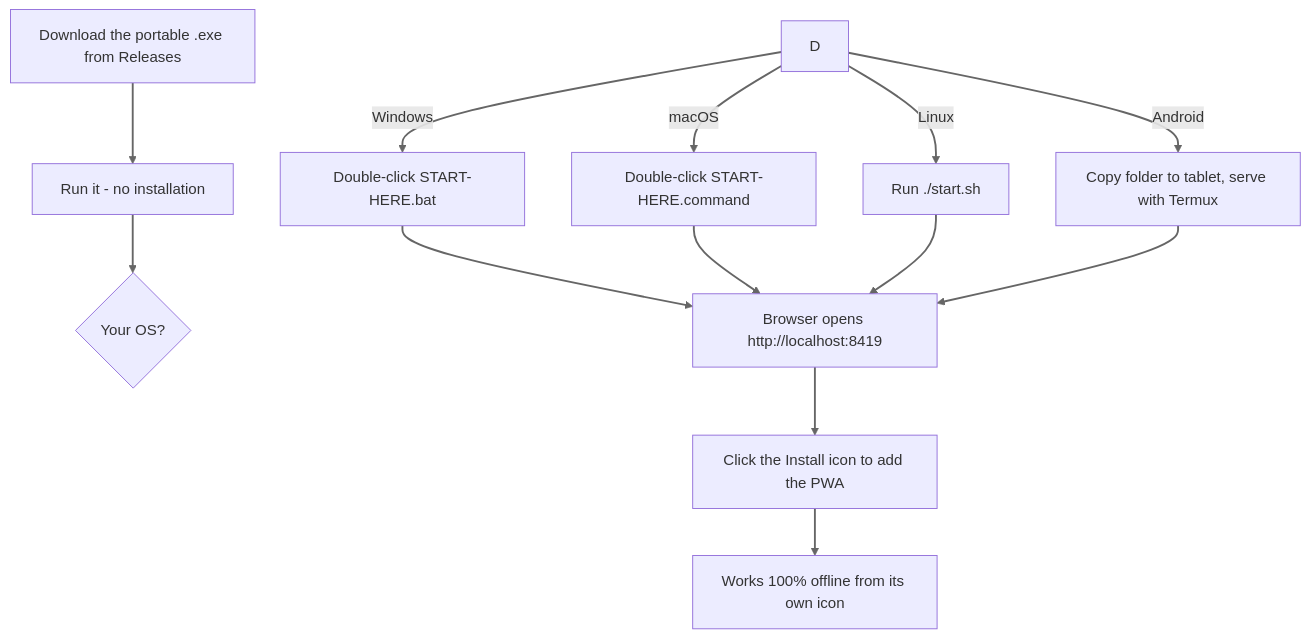
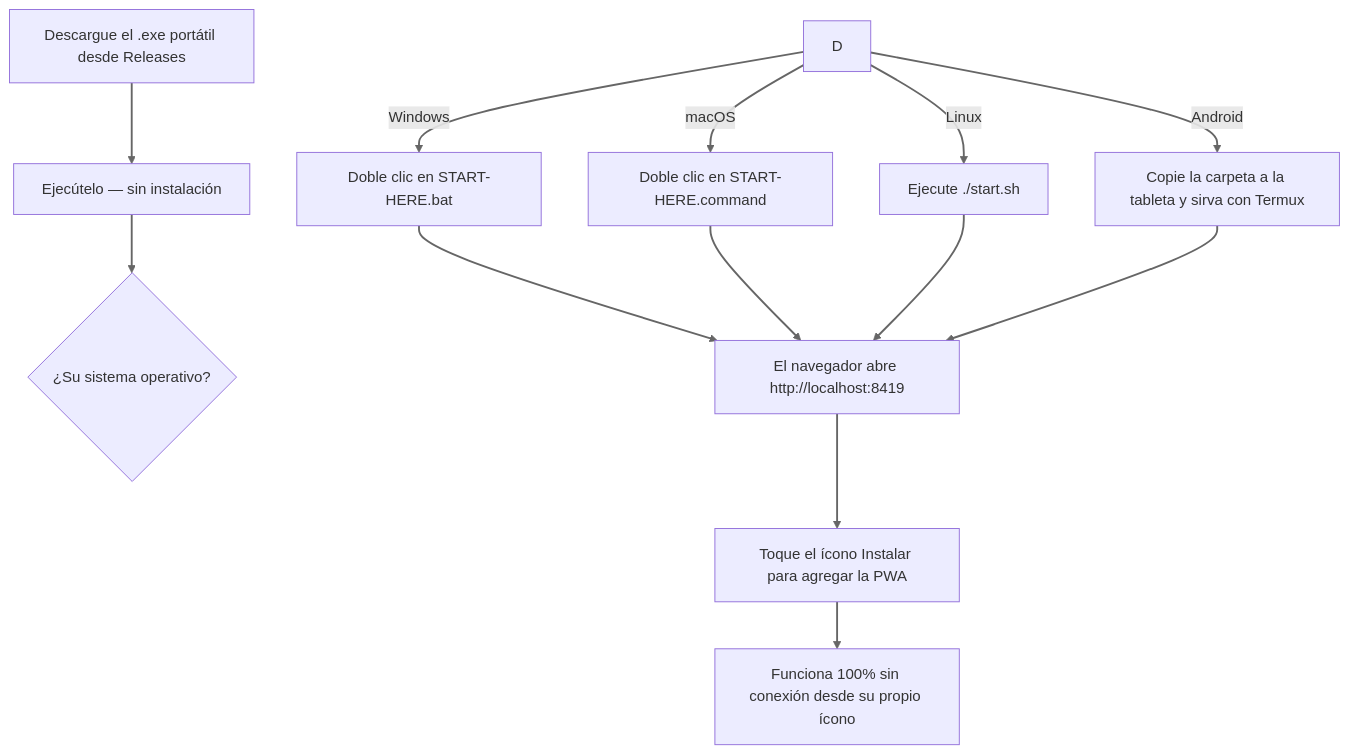
Before and after one commit to DeployModeIO/integritywatch-field: the fourth of 4 diagrams in README.md, drawn with Mermaid. The commit also changed other lines of this file and 4 other files, not shown here.

````diff
--- a/README.md
+++ b/README.md
@@ -430,16 +433,16 @@
 ```mermaid
 flowchart TD
-    A[Download the portable .exe from Releases] --> B[Run it - no installation]
-    B --> C{Your OS?}
-    D -->|Windows| E[Double-click START-HERE.bat]
-    D -->|macOS| F[Double-click START-HERE.command]
-    D -->|Linux| G[Run ./start.sh]
-    D -->|Android| K[Copy folder to tablet, serve with Termux]
-    E --> H[Browser opens http://localhost:8419]
+    A[Descargue el .exe portátil desde Releases] --> B[Ejecútelo — sin instalación]
+    B --> C{¿Su sistema operativo?}
+    D -->|Windows| E[Doble clic en START-HERE.bat]
+    D -->|macOS| F[Doble clic en START-HERE.command]
+    D -->|Linux| G[Ejecute ./start.sh]
+    D -->|Android| K[Copie la carpeta a la tableta y sirva con Termux]
+    E --> H[El navegador abre http://localhost:8419]
     F --> H
     G --> H
     K --> H
-    H --> I[Click the Install icon to add the PWA]
-    I --> J[Works 100% offline from its own icon]
+    H --> I[Toque el ícono Instalar para agregar la PWA]
+    I --> J[Funciona 100% sin conexión desde su propio ícono]
     linkStyle default stroke-width:2px,fill:none,stroke:#666
 ```
````
